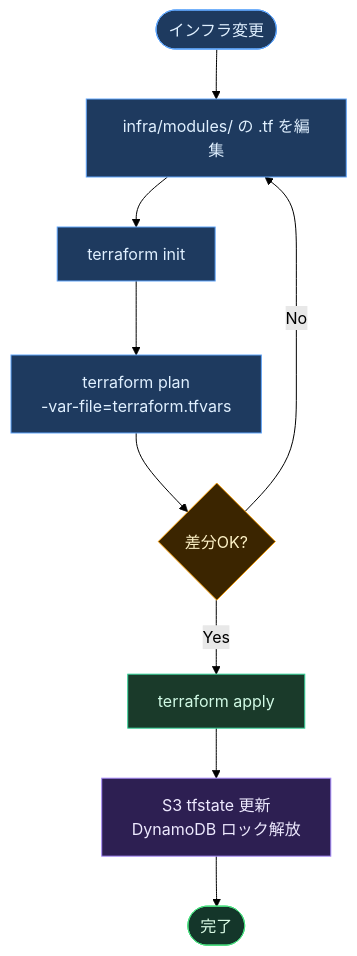
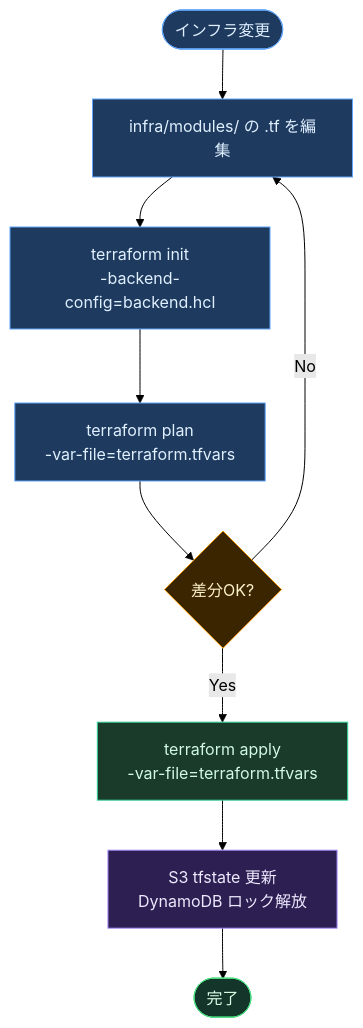
The third of 6 diagrams in docs/05_operations_architecture.md (nabeo-git/investment), drawn with Mermaid (forest theme) before and after one commit. The commit also changed other lines of this file and 5 other files, not shown here.

````diff
--- a/docs/05_operations_architecture.md
+++ b/docs/05_operations_architecture.md
@@ -129,24 +129,24 @@
 ```mermaid
 flowchart TD
     A(["インフラ変更"])
     B["infra/modules/ の .tf を編集"]
-    C["terraform init"]
+    C["terraform init\n-backend-config=backend.hcl"]
     D["terraform plan\n-var-file=terraform.tfvars"]
     E{"差分OK?"}
-    F["terraform apply"]
+    F["terraform apply\n-var-file=terraform.tfvars"]
     G["S3 tfstate 更新\nDynamoDB ロック解放"]
     H(["完了"])
 
     A --> B --> C --> D --> E
     E -->|No| B
     E -->|Yes| F --> G --> H
 
     style A fill:#1e3a5f,stroke:#60a5fa,color:#e0f0ff
     style B fill:#1e3a5f,stroke:#60a5fa,color:#e0f0ff
     style C fill:#1e3a5f,stroke:#60a5fa,color:#e0f0ff
     style D fill:#1e3a5f,stroke:#60a5fa,color:#e0f0ff
     style E fill:#3b2500,stroke:#f59e0b,color:#fef3c7
     style F fill:#1a3a2a,stroke:#34d399,color:#d1fae5
     style G fill:#2d1f52,stroke:#a78bfa,color:#ede9fe
     style H fill:#14362a,stroke:#4ade80,color:#dcfce7
 ```
````
